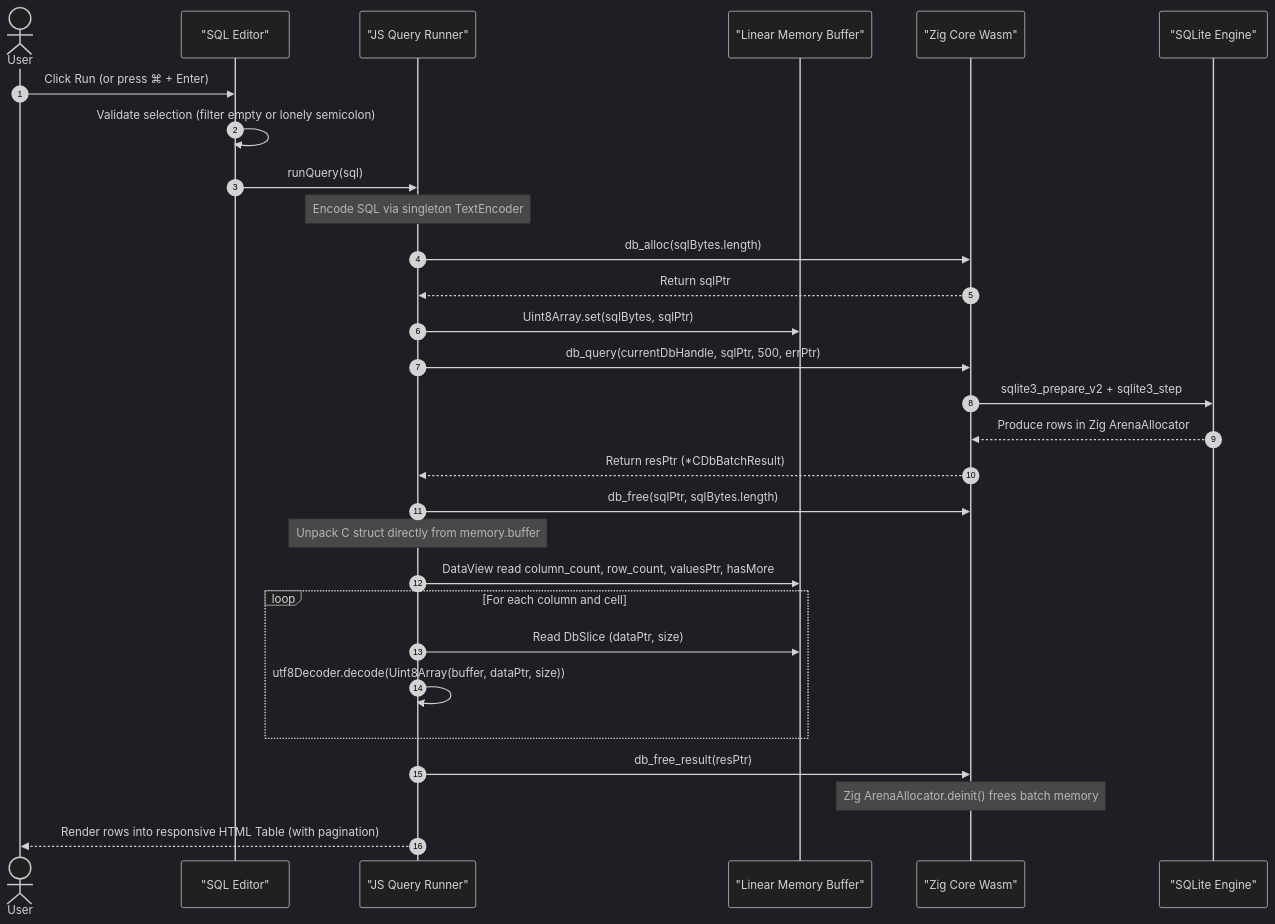
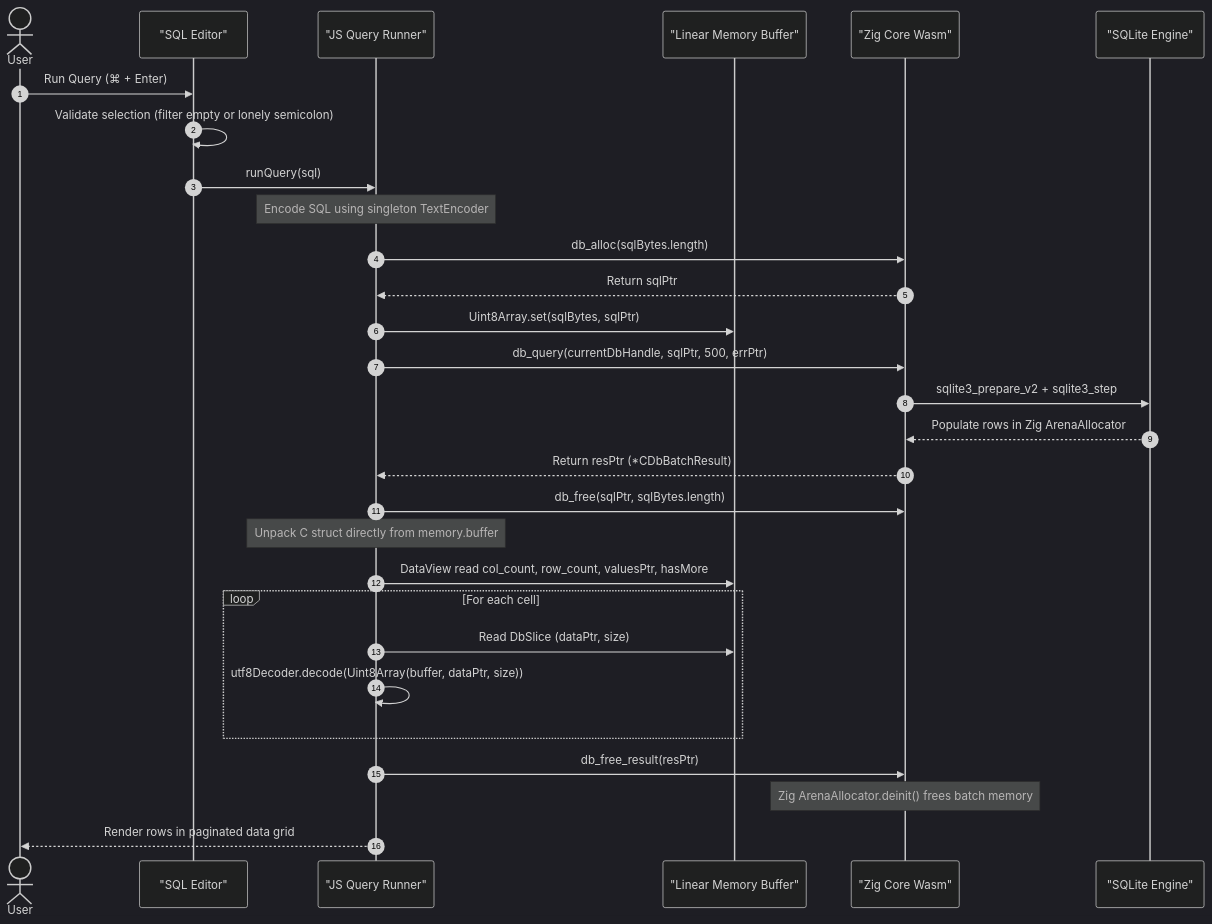
The third of 4 diagrams in qianliyan/docs/wasm-architecture.md (jiacai2050/x), drawn with Mermaid (dark theme) before and after one commit. The commit also changed other lines of this file and 4 other files, not shown here.

````diff
--- a/qianliyan/docs/wasm-architecture.md
+++ b/qianliyan/docs/wasm-architecture.md
@@ -108,37 +107,37 @@
 ```mermaid
 sequenceDiagram
     autonumber
     actor User
     participant Editor as "SQL Editor"
     participant Engine as "JS Query Runner"
     participant Mem as "Linear Memory Buffer"
     participant Wasm as "Zig Core Wasm"
     participant SQLite as "SQLite Engine"
 
-    User->>Editor: Click Run (or press ⌘ + Enter)
+    User->>Editor: Run Query (⌘ + Enter)
     Editor->>Editor: Validate selection (filter empty or lonely semicolon)
     Editor->>Engine: runQuery(sql)
 
-    Note over Engine: Encode SQL via singleton TextEncoder
+    Note over Engine: Encode SQL using singleton TextEncoder
     Engine->>Wasm: db_alloc(sqlBytes.length)
     Wasm-->>Engine: Return sqlPtr
     Engine->>Mem: Uint8Array.set(sqlBytes, sqlPtr)
 
     Engine->>Wasm: db_query(currentDbHandle, sqlPtr, 500, errPtr)
     Wasm->>SQLite: sqlite3_prepare_v2 + sqlite3_step
-    SQLite-->>Wasm: Produce rows in Zig ArenaAllocator
+    SQLite-->>Wasm: Populate rows in Zig ArenaAllocator
     Wasm-->>Engine: Return resPtr (*CDbBatchResult)
     Engine->>Wasm: db_free(sqlPtr, sqlBytes.length)
 
     Note over Engine: Unpack C struct directly from memory.buffer
-    Engine->>Mem: DataView read column_count, row_count, valuesPtr, hasMore
-    loop For each column and cell
+    Engine->>Mem: DataView read col_count, row_count, valuesPtr, hasMore
+    loop For each cell
         Engine->>Mem: Read DbSlice (dataPtr, size)
         Engine->>Engine: utf8Decoder.decode(Uint8Array(buffer, dataPtr, size))
     end
 
     Engine->>Wasm: db_free_result(resPtr)
     Note over Wasm: Zig ArenaAllocator.deinit() frees batch memory
 
-    Engine-->>User: Render rows into responsive HTML Table (with pagination)
+    Engine-->>User: Render rows in paginated data grid
 ```
````
